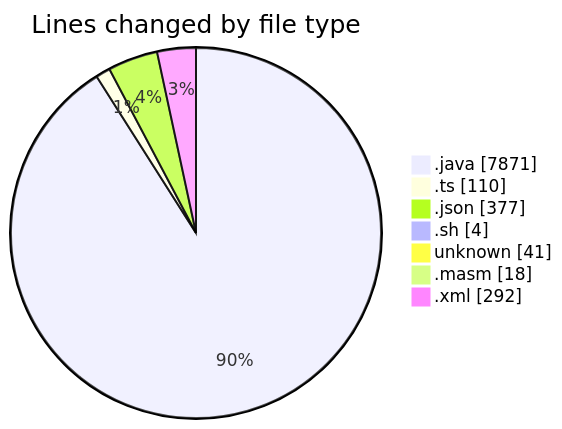
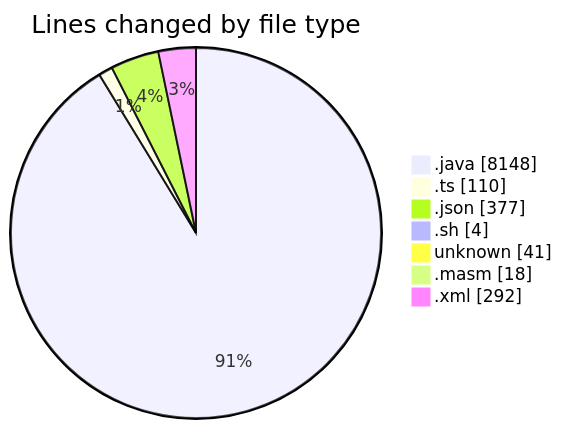
The first of 2 diagrams in 2025-02-20/micros/README.md (charlie-sans/code-tracking), drawn with Mermaid before and after one commit. The commit also changed other lines of this file and 1 other file, not shown here.

````diff
--- a/2025-02-20/micros/README.md
+++ b/2025-02-20/micros/README.md
@@ -50,11 +53,11 @@
 ```mermaid
 pie showData
 title Lines changed by file type
-".java" : 7871
+".java" : 8148
 ".ts" : 110
 ".json" : 377
 ".sh" : 4
 "unknown" : 41
 ".masm" : 18
 ".xml" : 292
 ```
````
